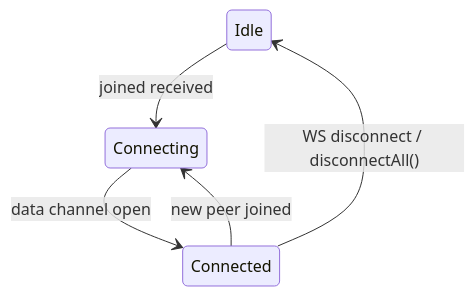
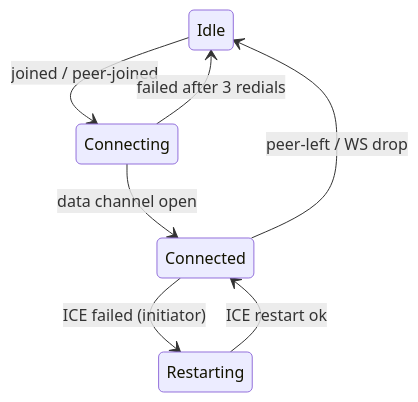
The fourth of 4 diagrams in ARCHITECTURE.md (kushal1o1/ZeroRelay), drawn with Mermaid before and after one commit. The commit also changed other lines of this file and 3 other files, not shown here.

Commit message:
docs: update README, architecture and landing copy for v2

````diff
--- a/ARCHITECTURE.md
+++ b/ARCHITECTURE.md
@@ -79,7 +170,9 @@
 ```mermaid
 stateDiagram-v2
-  Idle --> Connecting: joined received
+  Idle --> Connecting: joined / peer-joined
   Connecting --> Connected: data channel open
-  Connected --> Idle: WS disconnect / disconnectAll()
-  Connected --> Connecting: new peer joined
+  Connected --> Restarting: ICE failed (initiator)
+  Restarting --> Connected: ICE restart ok
+  Connected --> Idle: peer-left / WS drop
+  Connecting --> Idle: failed after 3 redials
 ```
````
